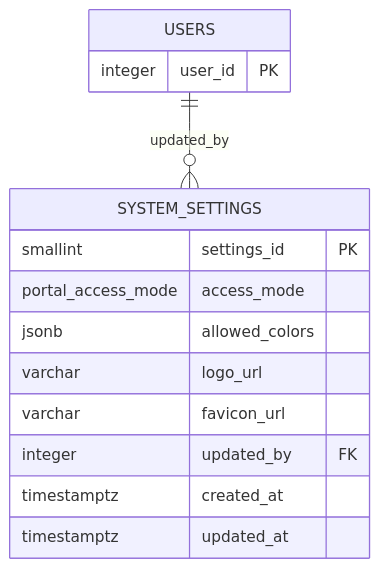
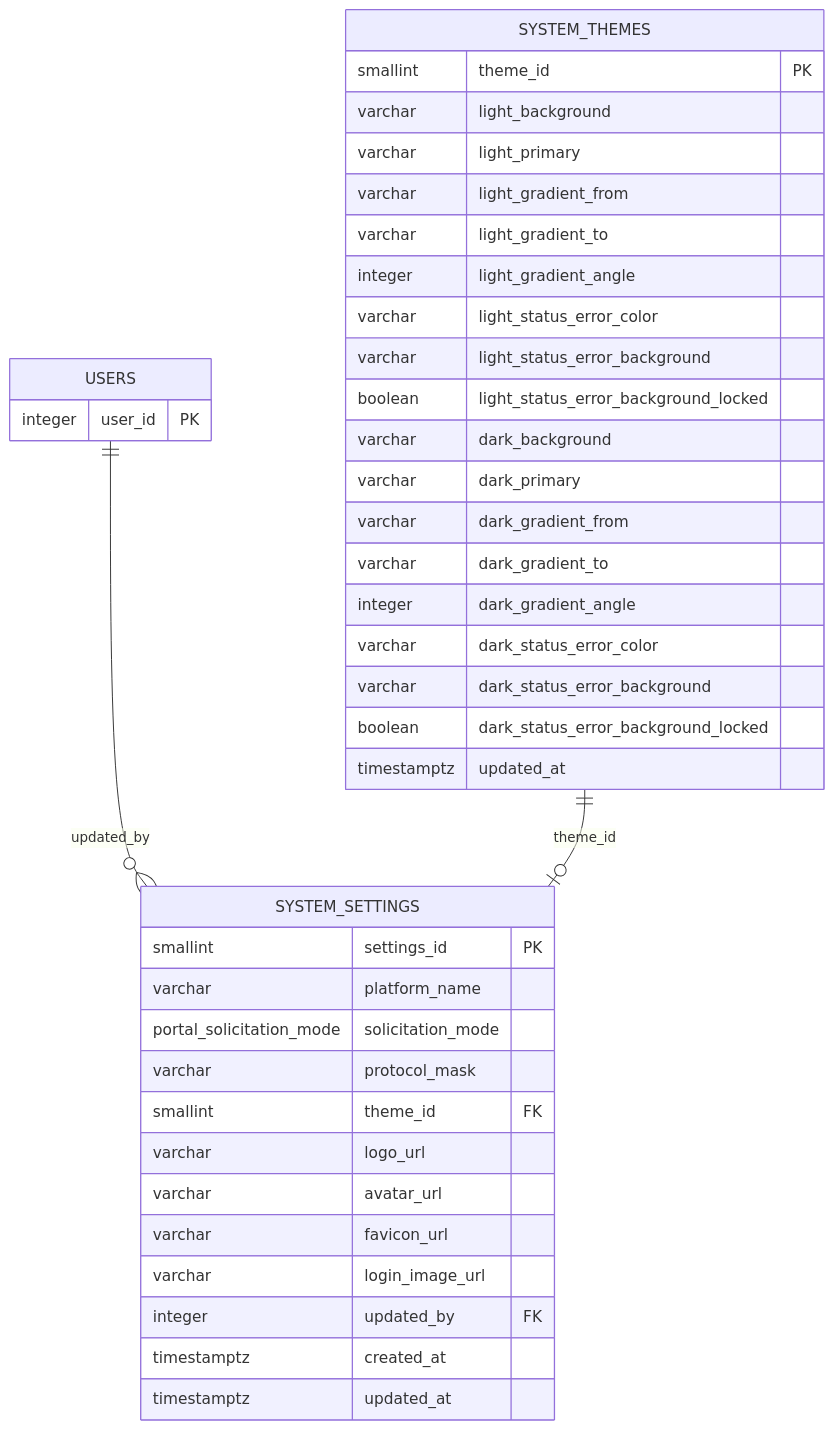
The diagram in docs/database/system-settings-persistence.md (NEO-Kaizen/backend), drawn with Mermaid before and after one commit. The commit also changed other lines of this file, not shown here.

First line of the commit message:
docs(database): document system_settings and system_themes persistence

````diff
--- a/docs/database/system-settings-persistence.md
+++ b/docs/database/system-settings-persistence.md
@@ -28,19 +51,45 @@
 ```mermaid
 erDiagram
     USERS ||--o{ SYSTEM_SETTINGS : "updated_by"
+    SYSTEM_THEMES ||--o| SYSTEM_SETTINGS : "theme_id"
 
     SYSTEM_SETTINGS {
         smallint settings_id PK
-        portal_access_mode access_mode
-        jsonb allowed_colors
+        varchar platform_name
+        portal_solicitation_mode solicitation_mode
+        varchar protocol_mask
+        smallint theme_id FK
         varchar logo_url
+        varchar avatar_url
         varchar favicon_url
+        varchar login_image_url
         integer updated_by FK
         timestamptz created_at
+        timestamptz updated_at
+    }
+
+    SYSTEM_THEMES {
+        smallint theme_id PK
+        varchar light_background
+        varchar light_primary
+        varchar light_gradient_from
+        varchar light_gradient_to
+        integer light_gradient_angle
+        varchar light_status_error_color
+        varchar light_status_error_background
+        boolean light_status_error_background_locked
+        varchar dark_background
+        varchar dark_primary
+        varchar dark_gradient_from
+        varchar dark_gradient_to
+        integer dark_gradient_angle
+        varchar dark_status_error_color
+        varchar dark_status_error_background
+        boolean dark_status_error_background_locked
         timestamptz updated_at
     }
 
     USERS {
         integer user_id PK
     }
 ```
````
